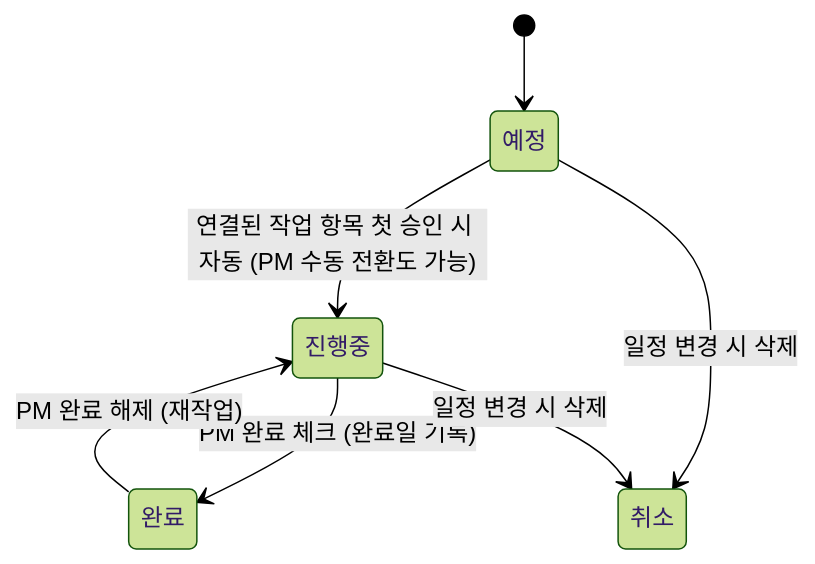
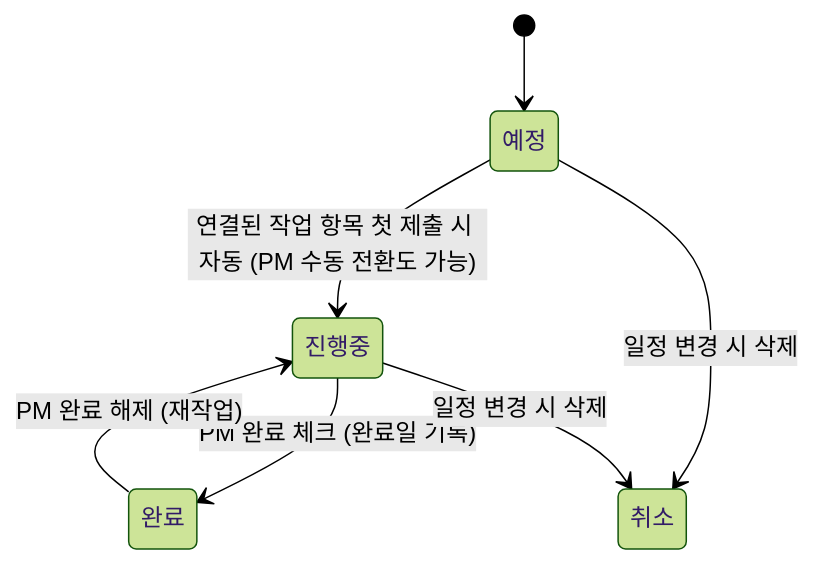
Before and after one commit to toddkim-rgb/BT_HRM: the tenth of 14 diagrams in SM_SI_인력관리시스템_명세서.md, drawn with Mermaid (forest theme). The commit also changed other lines of this file and 28 other files, not shown here.

````diff
--- a/SM_SI_인력관리시스템_명세서.md
+++ b/SM_SI_인력관리시스템_명세서.md
@@ -510,9 +543,9 @@
 ```mermaid
 stateDiagram-v2
   [*] --> 예정
-  예정 --> 진행중: 연결된 작업 항목 첫 승인 시 자동 (PM 수동 전환도 가능)
+  예정 --> 진행중: 연결된 작업 항목 첫 제출 시 자동 (PM 수동 전환도 가능)
   진행중 --> 완료: PM 완료 체크 (완료일 기록)
   완료 --> 진행중: PM 완료 해제 (재작업)
   예정 --> 취소: 일정 변경 시 삭제
   진행중 --> 취소: 일정 변경 시 삭제
 ```
````
